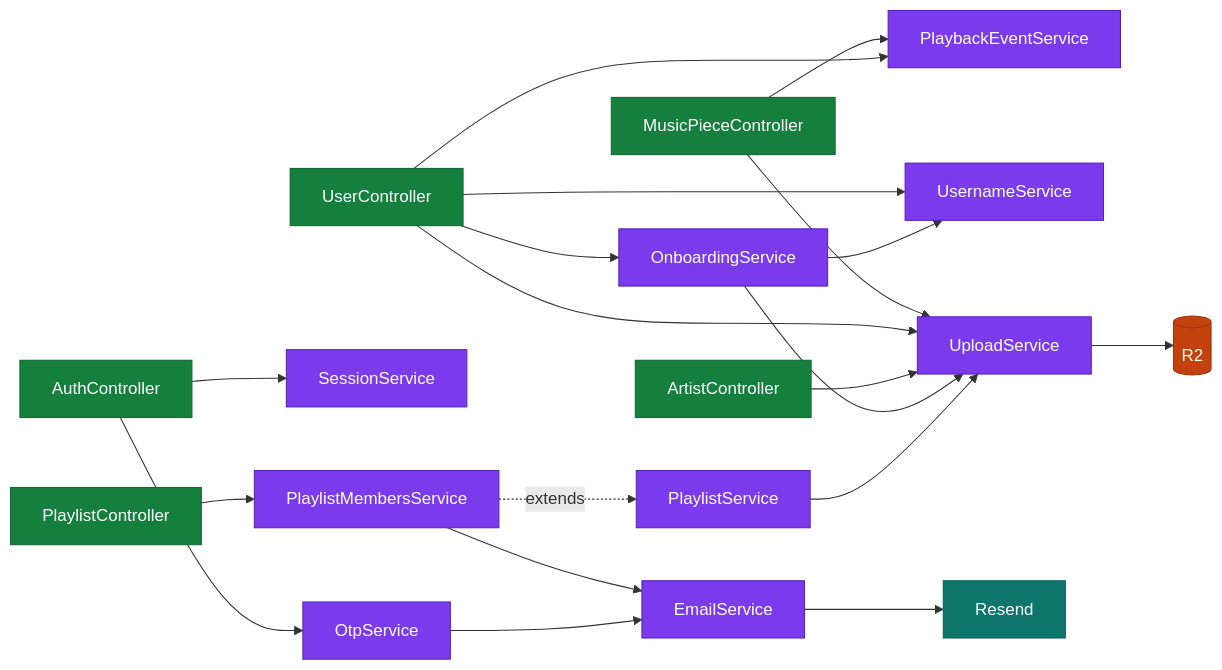
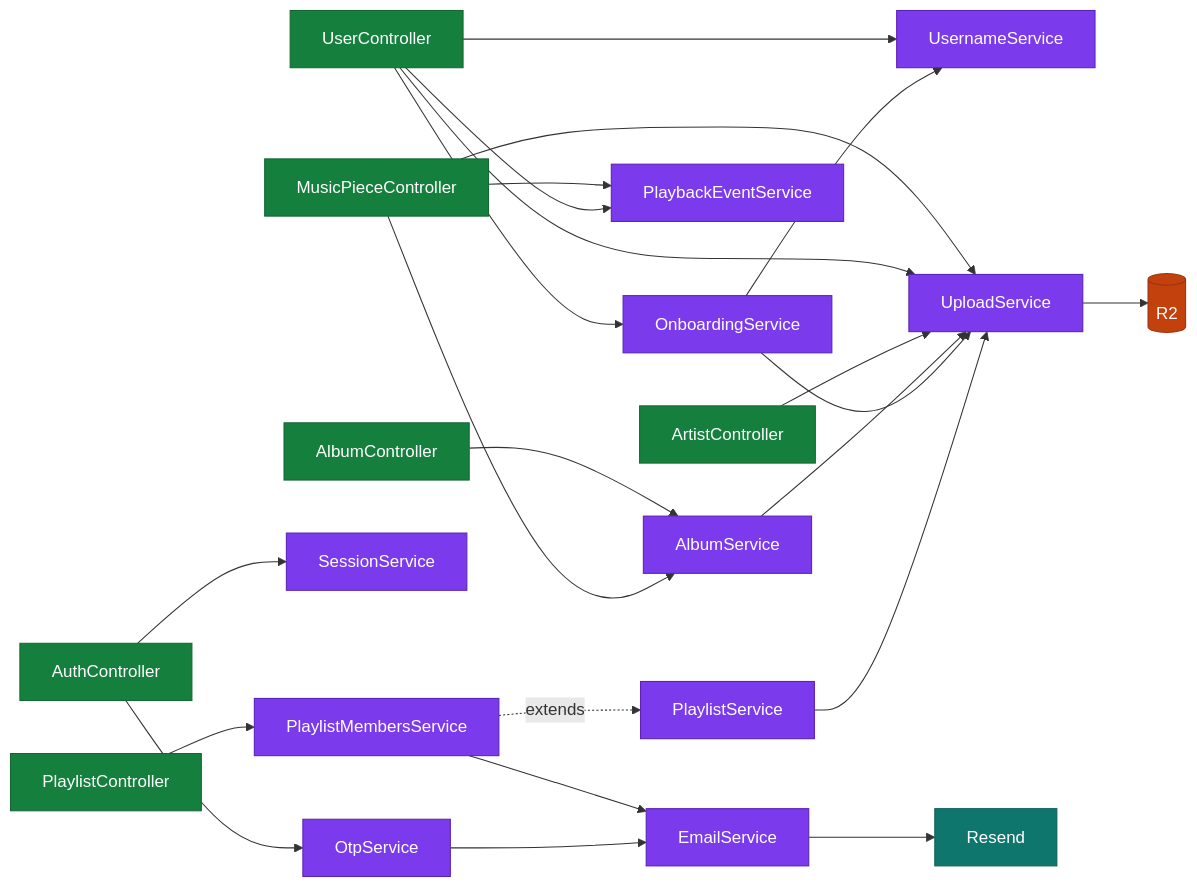
The third of 6 diagrams in backend/docs/ARCHITECTURE.md (Jbruinsma/aux-app), drawn with Mermaid before and after one commit. The commit also changed other lines of this file and 31 other files, not shown here.

````diff
--- a/backend/docs/ARCHITECTURE.md
+++ b/backend/docs/ARCHITECTURE.md
@@ -88,43 +88,48 @@
 ```mermaid
 flowchart LR
     authC["AuthController"]
     plC["PlaylistController"]
     pieceC["MusicPieceController"]
     userC["UserController"]
     artistC["ArtistController"]
+    albumC["AlbumController"]
 
     session["SessionService"]
     otp["OtpService"]
     members["PlaylistMembersService"]
     plsvc["PlaylistService"]
     playback["PlaybackEventService"]
     onboard["OnboardingService"]
     uname["UsernameService"]
     upload["UploadService"]
+    album["AlbumService"]
     email["EmailService"]
 
     r2[("R2")]
     resend["Resend"]
 
     authC --> session & otp
     plC --> members
     pieceC --> playback & upload
     userC --> playback & onboard & uname & upload
     artistC --> upload
+    albumC --> album
+    pieceC --> album
+    album --> upload
     members -. "extends" .-> plsvc
     members --> email
     otp --> email
     onboard --> uname & upload
     plsvc --> upload
     upload --> r2
     email --> resend
 
     classDef controller fill:#15803d,stroke:#166534,color:#fff
     classDef service fill:#7c3aed,stroke:#5b21b6,color:#fff
     classDef data fill:#c2410c,stroke:#9a3412,color:#fff
     classDef external fill:#0f766e,stroke:#115e59,color:#fff
-    class authC,userC,artistC,pieceC,plC controller
-    class session,otp,onboard,uname,playback,members,plsvc,upload,email service
+    class authC,userC,artistC,albumC,pieceC,plC controller
+    class session,otp,onboard,uname,playback,members,plsvc,upload,email,album service
     class r2 data
     class resend external
 ```
````
